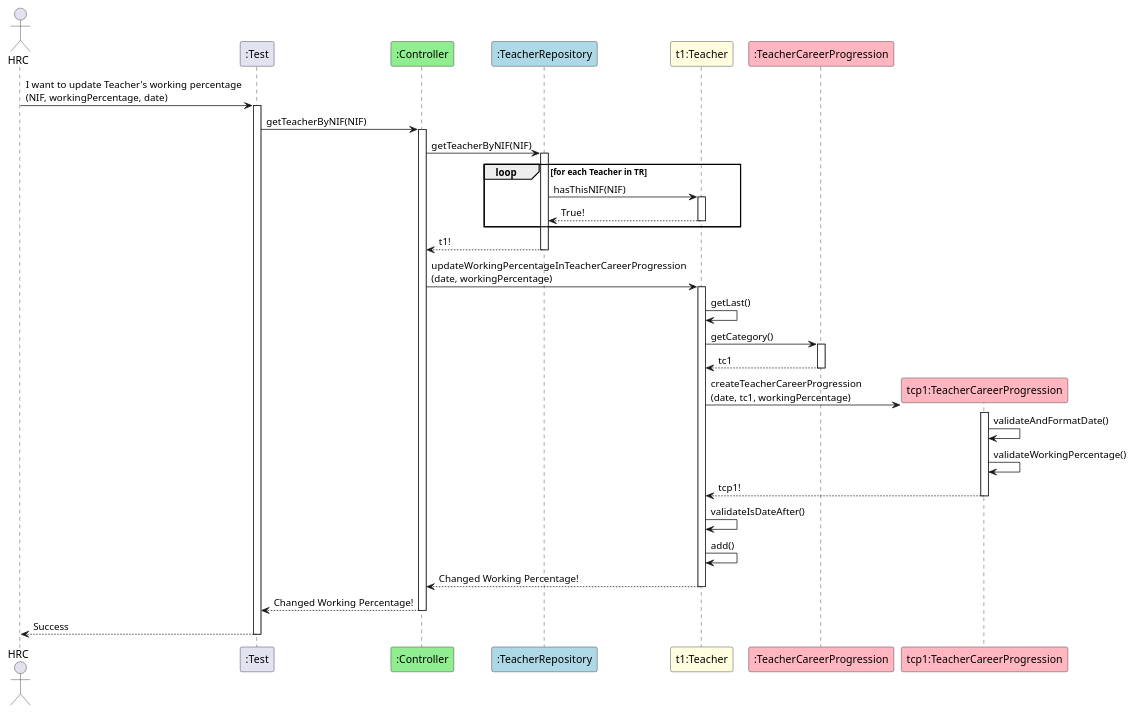
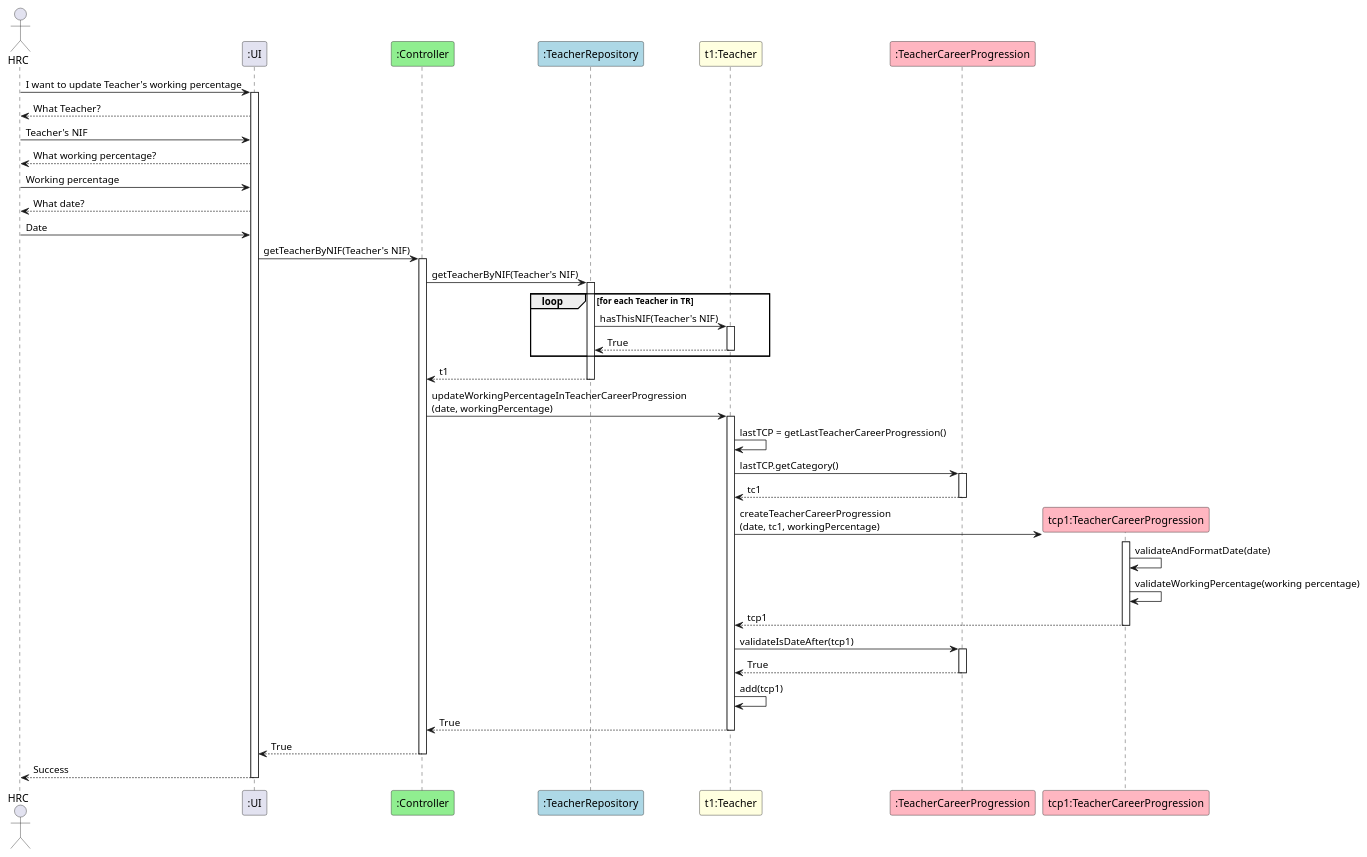
Before and after one commit to GasparISEP/DevOps-PAI: the diagram in docs/sequenceDiagrams/US15/US15_UpdateTeacherWorkingPercentage.puml, drawn with PlantUML. The commit also changed 11 other files, not shown here.

Commit message:
Added US_15 SSD Altered US_15 Sequence Diagram Corretion to Class Diagram and Domain Model Code modularization in Teacher Class

```diff
--- a/docs/sequenceDiagrams/US15/US15_UpdateTeacherWorkingPercentage.puml
+++ b/docs/sequenceDiagrams/US15/US15_UpdateTeacherWorkingPercentage.puml
@@ -1,53 +1,63 @@
 @startuml
 
 actor HRC
-participant ":Test" as Test
+participant ":UI" as UI
 participant ":Controller" as Controller #lightgreen
 participant ":TeacherRepository" as TR #lightblue
 participant "t1:Teacher" as Teacher #lightyellow
 participant ":TeacherCareerProgression" as TCP #lightpink
 participant "tcp1:TeacherCareerProgression" as TCP1 #lightpink
 
-HRC -> Test : I want to update Teacher's working percentage \n(NIF, workingPercentage, date)
-activate Test
-Test -> Controller : getTeacherByNIF(NIF)
+HRC -> UI : I want to update Teacher's working percentage
+activate UI
+UI --> HRC: What Teacher?
+HRC -> UI: Teacher's NIF
+UI --> HRC: What working percentage?
+HRC -> UI: Working percentage
+UI --> HRC: What date?
+HRC -> UI: Date
+UI -> Controller : getTeacherByNIF(Teacher's NIF)
 activate Controller
 
-Controller -> TR : getTeacherByNIF(NIF)
+Controller -> TR : getTeacherByNIF(Teacher's NIF)
 activate TR
 
 loop for each Teacher in TR
-    TR -> Teacher : hasThisNIF(NIF)
+    TR -> Teacher : hasThisNIF(Teacher's NIF)
     activate Teacher
-    Teacher --> TR : True!
+    Teacher --> TR : True
     deactivate Teacher
 end
 
-TR --> Controller : t1!
+TR --> Controller : t1
 deactivate TR
+
 
 Controller -> Teacher : updateWorkingPercentageInTeacherCareerProgression \n(date, workingPercentage)
 activate Teacher
-Teacher -> Teacher : getLast()
-Teacher -> TCP : getCategory()
+Teacher -> Teacher : lastTCP = getLastTeacherCareerProgression()
+Teacher -> TCP : lastTCP.getCategory()
 activate TCP
 TCP --> Teacher : tc1
 deactivate TCP
 Teacher -> TCP1** : createTeacherCareerProgression \n(date, tc1, workingPercentage)
 activate TCP1
-TCP1 -> TCP1 : validateAndFormatDate()
-TCP1 -> TCP1 : validateWorkingPercentage()
-TCP1 --> Teacher : tcp1!
+TCP1 -> TCP1 : validateAndFormatDate(date)
+TCP1 -> TCP1 : validateWorkingPercentage(working percentage)
+TCP1 --> Teacher : tcp1
 deactivate TCP1
-Teacher -> Teacher : validateIsDateAfter()
-Teacher -> Teacher : add()
+Teacher -> TCP : validateIsDateAfter(tcp1)
+activate TCP
+TCP --> Teacher : True
+deactivate TCP
+Teacher -> Teacher : add(tcp1)
 
-Teacher --> Controller : Changed Working Percentage!
+Teacher --> Controller : True
 deactivate Teacher
 
-Controller --> Test : Changed Working Percentage!
+Controller --> UI : True
 deactivate Controller
-Test --> HRC : Success
-deactivate Test
+UI --> HRC : Success
+deactivate UI
 
 @enduml
```
